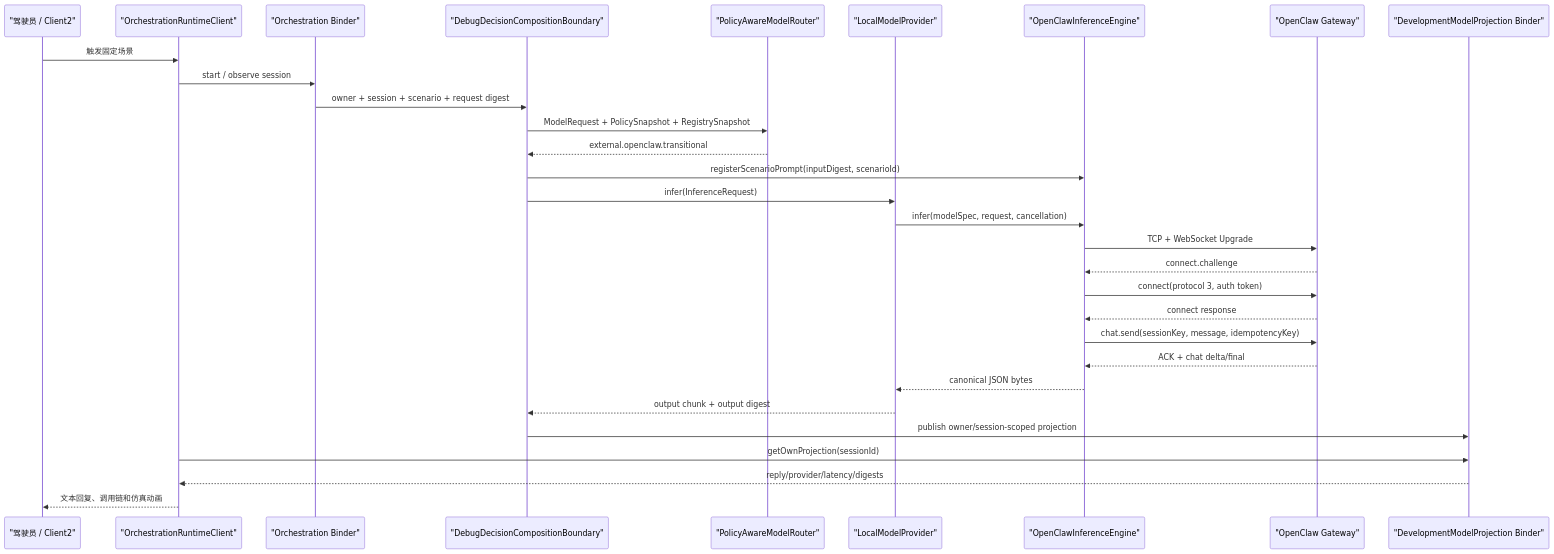
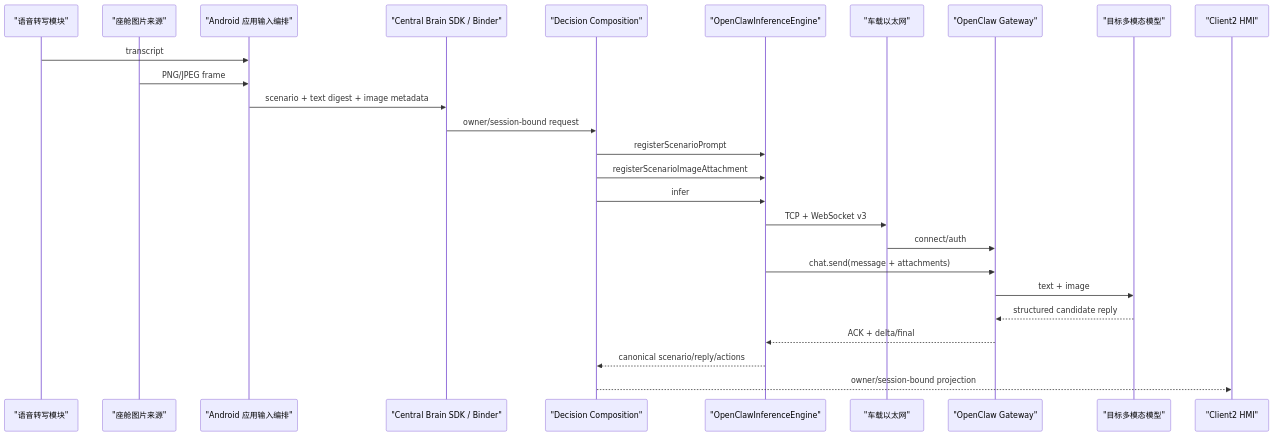
One commit to LucasWEIchen/CougarOS changed the diagram in docs/CENTRAL_BRAIN_OPENCLAW_INTERFACE_CODE_GUIDE.md. Above: the diagram before and after it, drawn with Mermaid. The commit also changed other lines of this file and 9 other files, not shown here.

````diff
--- a/docs/CENTRAL_BRAIN_OPENCLAW_INTERFACE_CODE_GUIDE.md
+++ b/docs/CENTRAL_BRAIN_OPENCLAW_INTERFACE_CODE_GUIDE.md
@@ -48,33 +85,29 @@
 ```mermaid
 sequenceDiagram
-    participant U as "驾驶员 / Client2"
-    participant C as "OrchestrationRuntimeClient"
-    participant B as "Orchestration Binder"
-    participant D as "DebugDecisionCompositionBoundary"
-    participant R as "PolicyAwareModelRouter"
-    participant P as "LocalModelProvider"
+    participant V as "语音转写模块"
+    participant C as "座舱图片来源"
+    participant A as "Android 应用输入编排"
+    participant B as "Central Brain SDK / Binder"
+    participant D as "Decision Composition"
     participant E as "OpenClawInferenceEngine"
+    participant N as "车载以太网"
     participant O as "OpenClaw Gateway"
-    participant X as "DevelopmentModelProjection Binder"
+    participant M as "目标多模态模型"
+    participant H as "Client2 HMI"
 
-    U->>C: 触发固定场景
-    C->>B: start / observe session
-    B->>D: owner + session + scenario + request digest
-    D->>R: ModelRequest + PolicySnapshot + RegistrySnapshot
-    R-->>D: external.openclaw.transitional
-    D->>E: registerScenarioPrompt(inputDigest, scenarioId)
-    D->>P: infer(InferenceRequest)
-    P->>E: infer(modelSpec, request, cancellation)
-    E->>O: TCP + WebSocket Upgrade
-    O-->>E: connect.challenge
-    E->>O: connect(protocol 3, auth token)
-    O-->>E: connect response
-    E->>O: chat.send(sessionKey, message, idempotencyKey)
-    O-->>E: ACK + chat delta/final
-    E-->>P: canonical JSON bytes
-    P-->>D: output chunk + output digest
-    D->>X: publish owner/session-scoped projection
-    C->>X: getOwnProjection(sessionId)
-    X-->>C: reply/provider/latency/digests
-    C-->>U: 文本回复、调用链和仿真动画
+    V->>A: transcript
+    C->>A: PNG/JPEG frame
+    A->>B: scenario + text digest + image metadata
+    B->>D: owner/session-bound request
+    D->>E: registerScenarioPrompt
+    D->>E: registerScenarioImageAttachment
+    D->>E: infer
+    E->>N: TCP + WebSocket v3
+    N->>O: connect/auth
+    E->>O: chat.send(message + attachments)
+    O->>M: text + image
+    M-->>O: structured candidate reply
+    O-->>E: ACK + delta/final
+    E-->>D: canonical scenario/reply/actions
+    D-->>H: owner/session-bound projection
 ```
````
